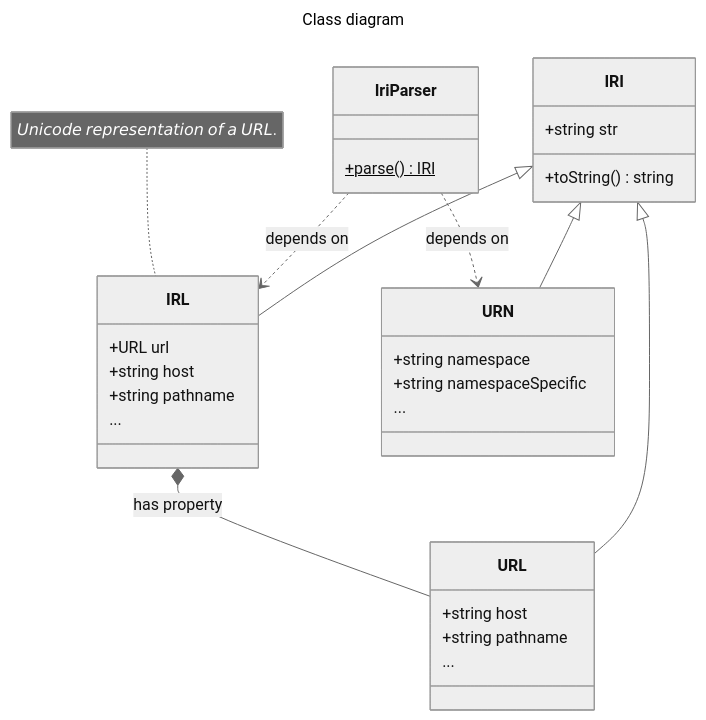
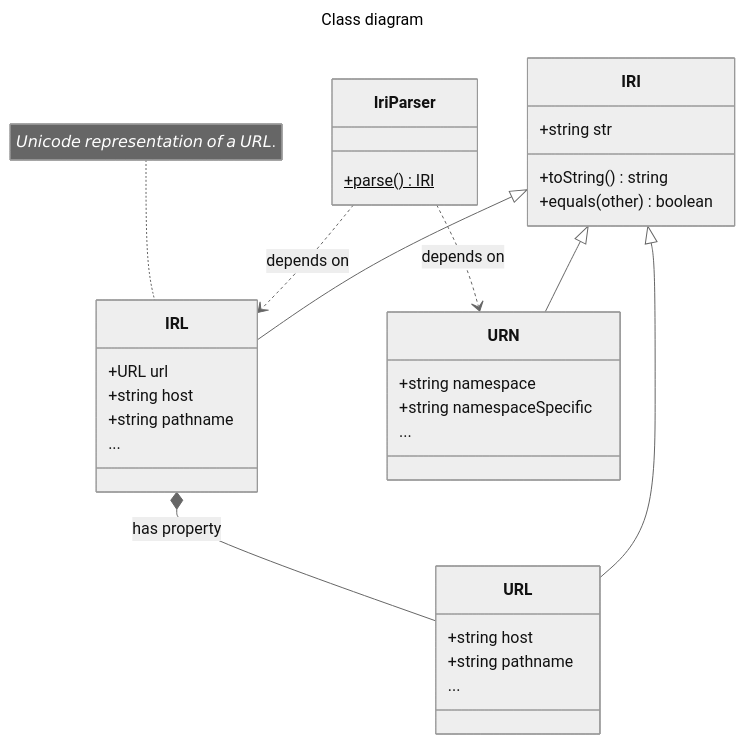
Before and after one commit to doga/IRI: the diagram in README.md, drawn with Mermaid (neutral theme). The commit also changed other lines of this file and 1 other file, not shown here.

Commit message:
add equals() to IRI

````diff
--- a/README.md
+++ b/README.md
@@ -257,43 +257,44 @@
 ```mermaid
 ---
 title: Class diagram
 ---
 
 classDiagram
   class URL {
     +string host
     +string pathname
     ...
   }
 
   note for IRL "𝘜𝘯𝘪𝘤𝘰𝘥𝘦 𝘳𝘦𝘱𝘳𝘦𝘴𝘦𝘯𝘵𝘢𝘵𝘪𝘰𝘯 𝘰𝘧 𝘢 𝘜𝘙𝘓."
   class IRL {
     +URL url
     +string host
     +string pathname
     ...
   }
   IRL *-- URL : has property
 
 
   class URN{
     +string namespace
     +string namespaceSpecific
     ...
   }
 
   class IriParser {
     +parse() IRI$
   }
   IriParser ..> IRL : depends on
   IriParser ..> URN : depends on
 
   class IRI {
     +string str
     +toString() string
+    +equals(other) boolean
   }
 
   IRI <|-- URN
   IRI <|-- IRL
   IRI <|-- URL
 ```
````
